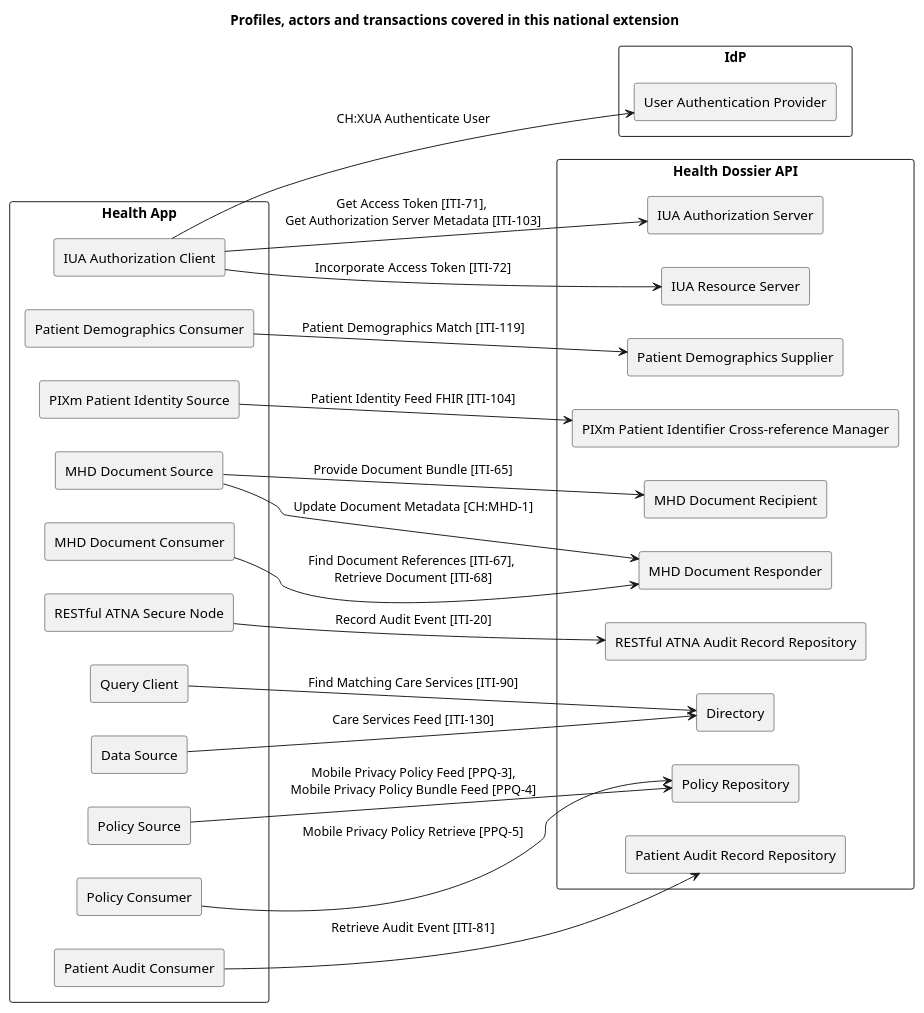
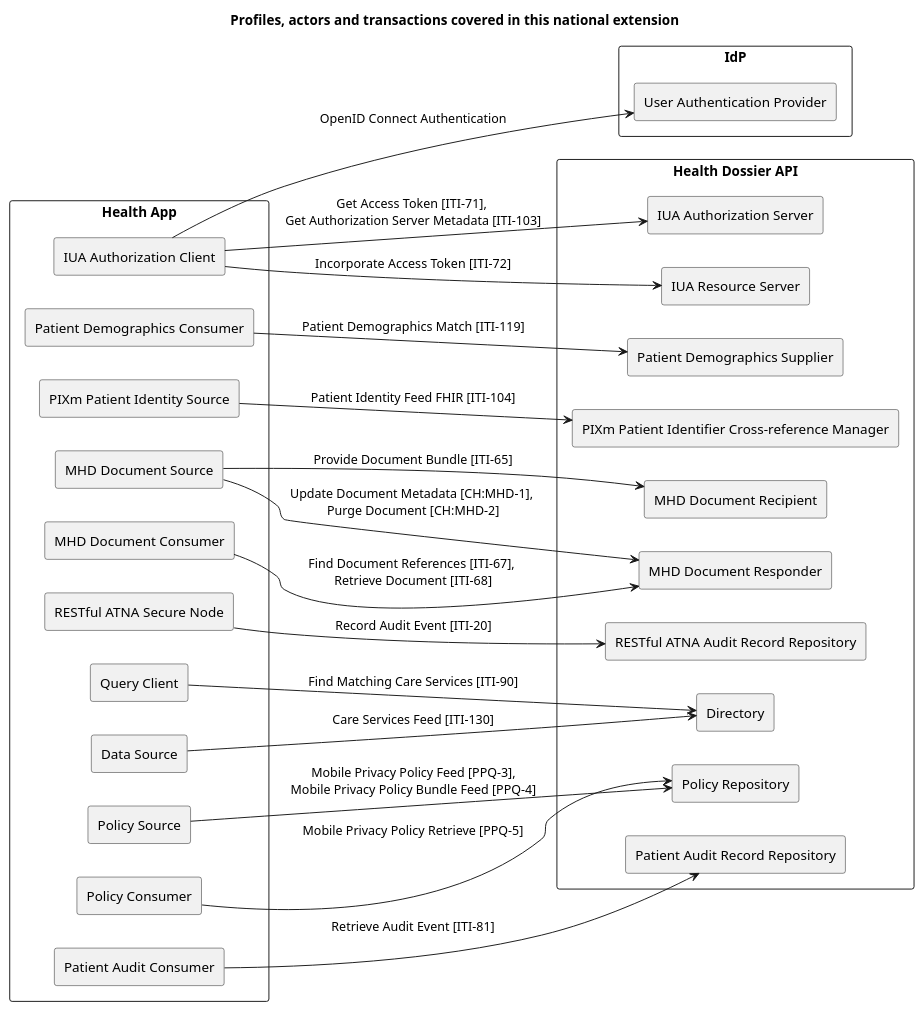
One commit to ehealthsuisse/ch-health-dossier changed the diagram in input/images-source/overview.plantuml. Above: the diagram before and after it, drawn with PlantUML. The commit also changed 26 other files, not shown here.

```diff
--- a/input/images-source/overview.plantuml
+++ b/input/images-source/overview.plantuml
@@ -1,72 +1,72 @@
 @startuml
 
 title **Profiles, actors and transactions covered in this national extension**
 
 skinparam componentStyle rectangle
 skinparam svgDimensionStyle false
 
 left to right direction
 
 component "Health App" {
   [IUA Authorization Client] as IUAClient
 
   [Patient Demographics Consumer] as PDQmConsumer
 
   [PIXm Patient Identity Source] as PIXmSource
 
   [MHD Document Source] as MHDSource
   [MHD Document Consumer] as MHDConsumer
 
   [RESTful ATNA Secure Node] as ATNANode
 
   [Query Client] as mCSDQueryClient
   [Data Source] as mCSDDataSource
 
   [Policy Source] as PPQmPolicySource
   [Policy Consumer] as PPQmPolicyConsumer
 
   [Patient Audit Consumer] as ATCPatientAuditConsumer
 }
 
 component "IdP" {
   [User Authentication Provider] as UAProvider
-  IUAClient --> UAProvider : CH:XUA Authenticate User
+  IUAClient --> UAProvider : OpenID Connect Authentication
 }
 
 component "Health Dossier API" {
   [IUA Authorization Server] as IUAAuthServer
   IUAClient -> IUAAuthServer : Get Access Token [ITI-71], \nGet Authorization Server Metadata [ITI-103]
   [IUA Resource Server] as IUAResourceServer
   IUAClient --> IUAResourceServer : Incorporate Access Token [ITI-72]
 
   [Patient Demographics Supplier] as PDQmSupplier
   PDQmConsumer --> PDQmSupplier : Patient Demographics Match [ITI-119]
 
   [PIXm Patient Identifier Cross-reference Manager] as PIXmManager
   PIXmSource --> PIXmManager : Patient Identity Feed FHIR [ITI-104]
 
   [MHD Document Recipient] as MHDRecipient
   [MHD Document Responder] as MHDResponder
   MHDSource --> MHDRecipient : Provide Document Bundle [ITI-65]
 
-  MHDSource --> MHDResponder : Update Document Metadata [CH:MHD-1]
+  MHDSource --> MHDResponder : Update Document Metadata [CH:MHD-1], \nPurge Document [CH:MHD-2]
 
   MHDConsumer --> MHDResponder : Find Document References [ITI-67], \nRetrieve Document [ITI-68]
 
   [RESTful ATNA Audit Record Repository] as ATNARepository
   ATNANode --> ATNARepository : Record Audit Event [ITI-20]
 
   [Directory] as mCSDDirectory
   mCSDQueryClient --> mCSDDirectory : Find Matching Care Services [ITI-90]
   mCSDDataSource --> mCSDDirectory : Care Services Feed [ITI-130]
 
   [Policy Repository] as PPQmPolicyRepository
   PPQmPolicySource --> PPQmPolicyRepository : Mobile Privacy Policy Feed [PPQ-3],\nMobile Privacy Policy Bundle Feed [PPQ-4]
   PPQmPolicyConsumer --> PPQmPolicyRepository : Mobile Privacy Policy Retrieve [PPQ-5]
 
   [Patient Audit Record Repository] as ATCPatientAuditRecordRepository
   ATCPatientAuditConsumer --> ATCPatientAuditRecordRepository : Retrieve Audit Event [ITI-81]	
 }
 
 
 @enduml
```
